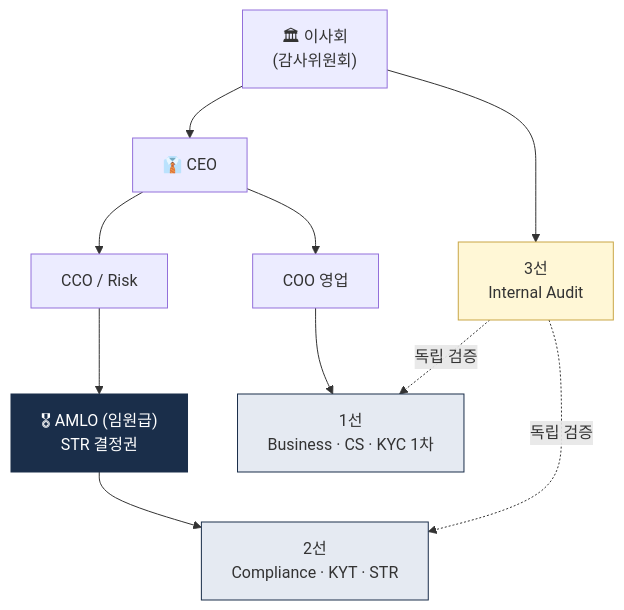
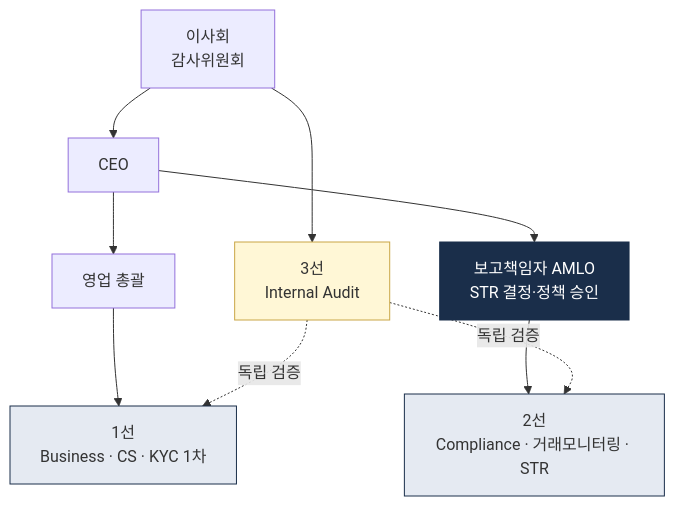
The first of 4 diagrams in notes/5-compliance/internal-controls.md (lala-david/aml-notes), drawn with Mermaid before and after one commit. The commit also changed other lines of this file and 233 other files, not shown here.

````diff
--- a/notes/5-compliance/internal-controls.md
+++ b/notes/5-compliance/internal-controls.md
@@ -16,16 +18,15 @@
 ```mermaid
 flowchart TB
-    Board["🏛 이사회<br/>(감사위원회)"] --> Audit["3선<br/>Internal Audit"]
-    Board --> CEO["👔 CEO"]
-    CEO --> CCO["CCO / Risk"]
-    CCO --> AMLO["🎖 AMLO (임원급)<br/>STR 결정권"]
-    CEO --> COO["COO 영업"]
+    Board["이사회<br/>감사위원회"] --> Audit["3선<br/>Internal Audit"]
+    Board --> CEO["CEO"]
+    CEO --> AMLO["보고책임자 AMLO<br/>STR 결정·정책 승인"]
+    CEO --> COO["영업 총괄"]
     COO --> Front["1선<br/>Business · CS · KYC 1차"]
-    AMLO --> Comp["2선<br/>Compliance · KYT · STR"]
-    Audit -.독립 검증.-> Front
-    Audit -.독립 검증.-> Comp
+    AMLO --> Comp["2선<br/>Compliance · 거래모니터링 · STR"]
+    Audit -.->|독립 검증| Front
+    Audit -.->|독립 검증| Comp
     style AMLO fill:#1a2e4a,color:#fff,stroke:#1a2e4a
     style Audit fill:#fff7d6,stroke:#c9a646
     style Front fill:#e5eaf2,stroke:#1a2e4a
     style Comp fill:#e5eaf2,stroke:#1a2e4a
 ```
````
